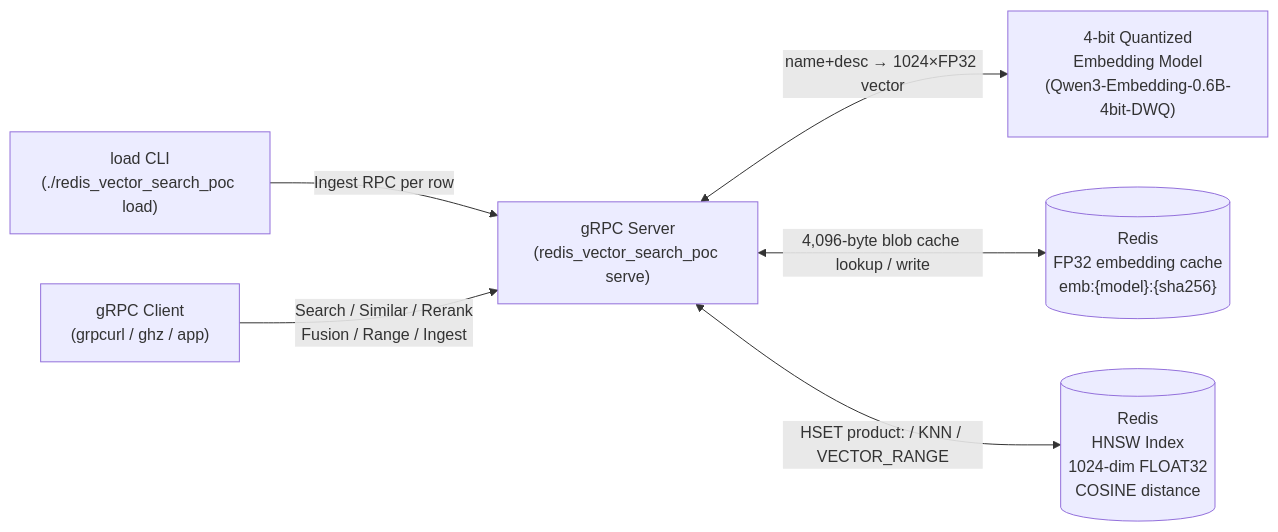
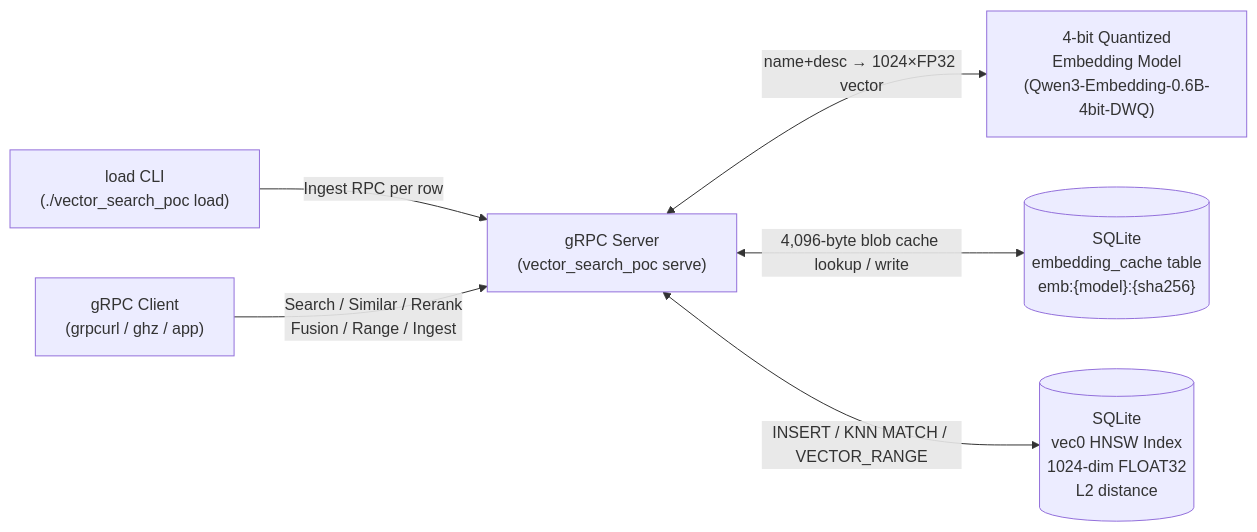
The first of 3 diagrams in README.md (joshdurbin/redis_vector_search_poc), drawn with Mermaid before and after one commit. The commit also changed other lines of this file and 25 other files, not shown here.

Commit message:
sqlite vector search version

````diff
--- a/README.md
+++ b/README.md
@@ -7,15 +7,15 @@
 ```mermaid
 flowchart LR
-    CLI["load CLI\n(./redis_vector_search_poc load)"]
+    CLI["load CLI\n(./vector_search_poc load)"]
     Client["gRPC Client\n(grpcurl / ghz / app)"]
-    Server["gRPC Server\n(redis_vector_search_poc serve)"]
+    Server["gRPC Server\n(vector_search_poc serve)"]
     Embed["4-bit Quantized\nEmbedding Model\n(Qwen3-Embedding-0.6B-4bit-DWQ)"]
-    Cache[("Redis\nFP32 embedding cache\nemb:{model}:{sha256}")]
-    Index[("Redis\nHNSW Index\n1024-dim FLOAT32\nCOSINE distance")]
+    Cache[("SQLite\nembedding_cache table\nemb:{model}:{sha256}")]
+    Index[("SQLite\nvec0 HNSW Index\n1024-dim FLOAT32\nL2 distance")]
 
     CLI -->|"Ingest RPC per row"| Server
     Client -->|"Search / Similar / Rerank\nFusion / Range / Ingest"| Server
     Server <-->|"name+desc → 1024×FP32 vector"| Embed
     Server <-->|"4,096-byte blob cache lookup / write"| Cache
-    Server <-->|"HSET product: / KNN / VECTOR_RANGE"| Index
+    Server <-->|"INSERT / KNN MATCH / VECTOR_RANGE"| Index
 ```
````
